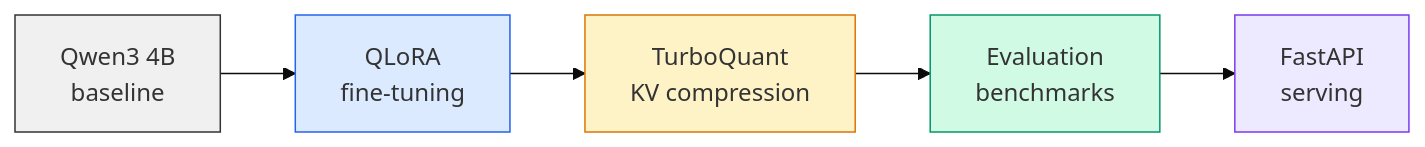
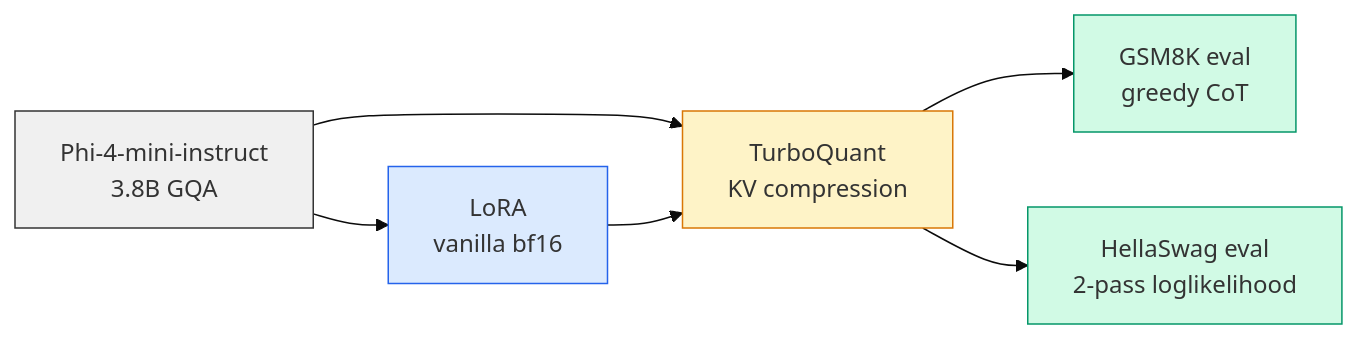
One commit to YanissAmz/efficient-llm-pipeline changed the diagram in README.md. Above: the diagram before and after it, drawn with Mermaid (base theme). The commit also changed other lines of this file, not shown here.

````diff
--- a/README.md
+++ b/README.md
@@ -16,13 +36,14 @@
 ```mermaid
 flowchart LR
-    A[Qwen3 4B\nbaseline] --> B[QLoRA\nfine-tuning]
-    B --> C[TurboQuant\nKV compression]
-    C --> D[Evaluation\nbenchmarks]
-    D --> E[FastAPI\nserving]
+    A[Phi-4-mini-instruct<br/>3.8B GQA] --> B[LoRA<br/>vanilla bf16]
+    A --> C[TurboQuant<br/>KV compression]
+    B --> C
+    C --> D[GSM8K eval<br/>greedy CoT]
+    C --> E[HellaSwag eval<br/>2-pass loglikelihood]
 
     style A fill:#f0f0f0,stroke:#333
     style B fill:#dbeafe,stroke:#2563eb
     style C fill:#fef3c7,stroke:#d97706
     style D fill:#d1fae5,stroke:#059669
-    style E fill:#ede9fe,stroke:#7c3aed
+    style E fill:#d1fae5,stroke:#059669
 ```
````
